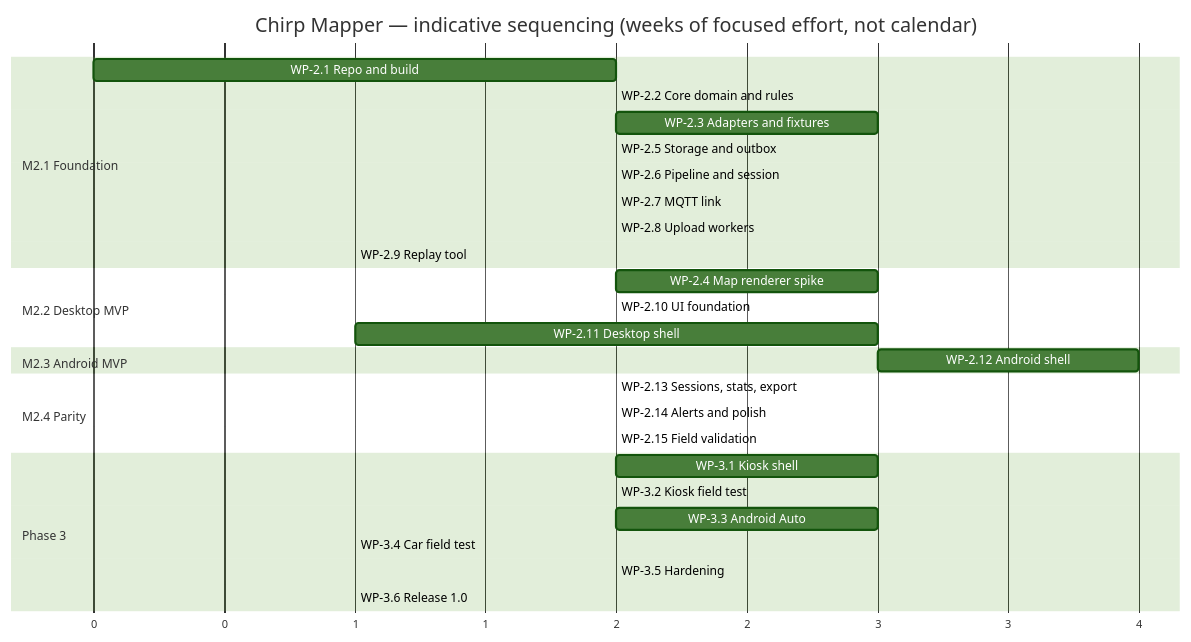
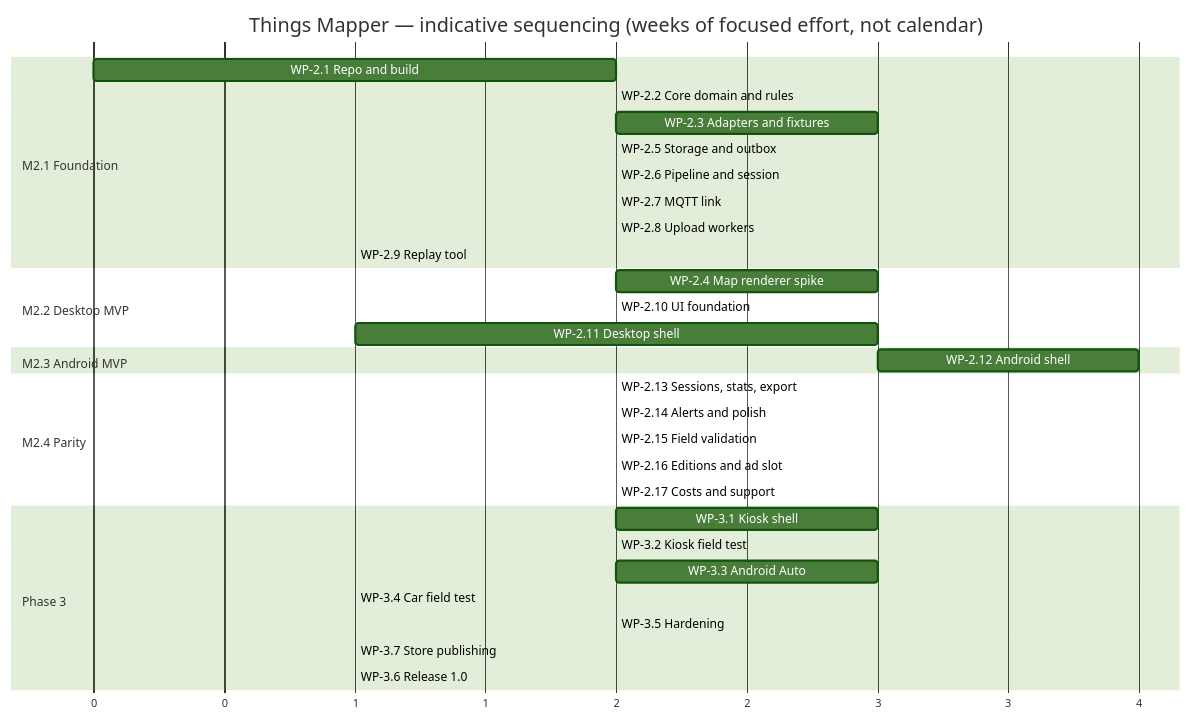
Before and after one commit to pe1mew/Things-Mapper: the diagram in design/07-implementation-plan.md, drawn with Mermaid (forest theme). The commit also changed other lines of this file and 25 other files, not shown here.

First line of the commit message:
docs: rename to Things Mapper; editions, licence route L-A, costs and support

````diff
--- a/design/07-implementation-plan.md
+++ b/design/07-implementation-plan.md
@@ -102,32 +108,35 @@
 ```mermaid
 gantt
-    title Chirp Mapper — indicative sequencing (weeks of focused effort, not calendar)
+    title Things Mapper — indicative sequencing (weeks of focused effort, not calendar)
     dateFormat  X
     axisFormat  %s
     section M2.1 Foundation
     WP-2.1 Repo and build          :a1, 0, 2
     WP-2.2 Core domain and rules   :a2, after a1, 2
     WP-2.3 Adapters and fixtures   :a3, after a2, 3
     WP-2.5 Storage and outbox      :a5, after a2, 2
     WP-2.6 Pipeline and session    :a6, after a5, 2
     WP-2.7 MQTT link               :a7, after a6, 2
     WP-2.8 Upload workers          :a8, after a6, 2
     WP-2.9 Replay tool             :a9, after a7, 1
     section M2.2 Desktop MVP
     WP-2.4 Map renderer spike      :b4, after a1, 3
     WP-2.10 UI foundation          :b10, after a1, 2
     WP-2.11 Desktop shell          :b11, after a9, 3
     section M2.3 Android MVP
     WP-2.12 Android shell          :c12, after b11, 4
     section M2.4 Parity
     WP-2.13 Sessions, stats, export:d13, after c12, 2
     WP-2.14 Alerts and polish      :d14, after d13, 2
     WP-2.15 Field validation       :d15, after d14, 2
+    WP-2.16 Editions and ad slot   :d16, after c12, 2
+    WP-2.17 Costs and support      :d17, after d16, 2
     section Phase 3
     WP-3.1 Kiosk shell             :e1, after d15, 3
     WP-3.2 Kiosk field test        :e2, after e1, 2
     WP-3.3 Android Auto            :e3, after d15, 3
     WP-3.4 Car field test          :e4, after e3, 1
     WP-3.5 Hardening               :e5, after e2, 2
-    WP-3.6 Release 1.0             :e6, after e5, 1
+    WP-3.7 Store publishing        :e7, after e5, 1
+    WP-3.6 Release 1.0             :e6, after e7, 1
 ```
````
